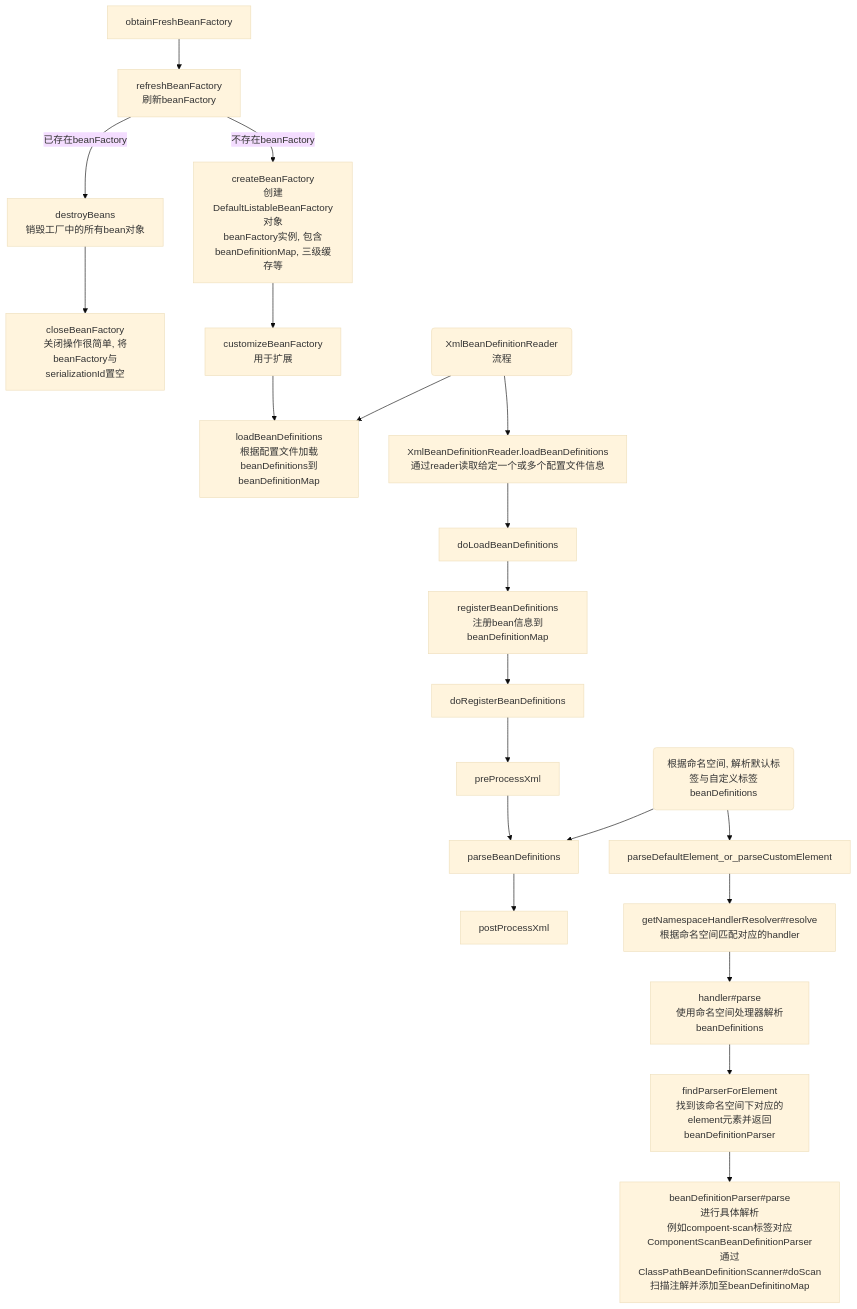
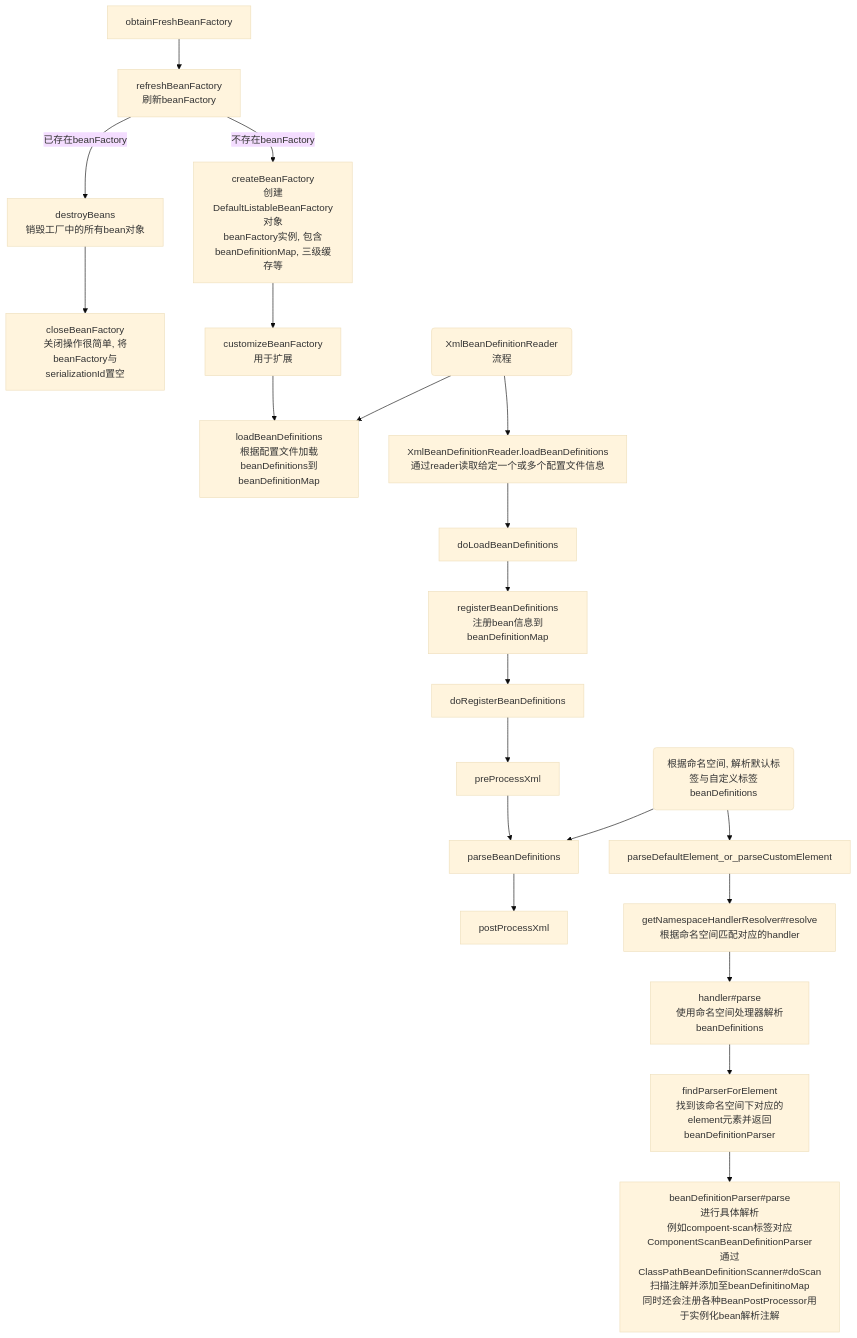
One commit to LCW-QAQ/StudayNote changed the seventh of 7 diagrams in Spring/Spring源码.md. Above: the diagram before and after it, drawn with Mermaid (base theme). The commit also changed other lines of this file, not shown here.

````diff
--- a/Spring/Spring源码.md
+++ b/Spring/Spring源码.md
@@ -162,22 +164,22 @@
 ```mermaid
 graph TB
 obtainFreshBeanFactory --> refreshBeanFactory[refreshBeanFactory<br>刷新beanFactory]
 	-->|已存在beanFactory| destroyBeans[destroyBeans<br>销毁工厂中的所有bean对象] --> closeBeanFactory[closeBeanFactory<br>关闭操作很简单, 将beanFactory与serializationId置空]
 refreshBeanFactory -->|不存在beanFactory| createBeanFactory[createBeanFactory<br>创建DefaultListableBeanFactory对象<br>beanFactory实例, 包含beanDefinitionMap, 三级缓存等]
 	--> customizeBeanFactory[customizeBeanFactory<br>用于扩展]
 	--> loadBeanDefinitions[loadBeanDefinitions<br>根据配置文件加载beanDefinitions到beanDefinitionMap]
 loadBeanDefinitions__INFO(XmlBeanDefinitionReader流程) --> loadBeanDefinitions
 loadBeanDefinitions__INFO -->  XmlBeanDefinitionReader.loadBeanDefinitions[XmlBeanDefinitionReader.loadBeanDefinitions<br>通过reader读取给定一个或多个配置文件信息]
 	--> doLoadBeanDefinitions
 	--> registerBeanDefinitions[registerBeanDefinitions<br>注册bean信息到beanDefinitionMap]
 	--> doRegisterBeanDefinitions
 	--> preProcessXml
 	--> parseBeanDefinitions[parseBeanDefinitions]
 	--> postProcessXml
 parseBeanDefinitions__INFO(根据命名空间, 解析默认标签与自定义标签beanDefinitions) --> parseBeanDefinitions
 parseBeanDefinitions__INFO --> parseDefaultElement_or_parseCustomElement[parseDefaultElement_or_parseCustomElement]
 	--> getNamespaceHandlerResolver#resolve[getNamespaceHandlerResolver#resolve<br>根据命名空间匹配对应的handler]
 	--> handler#parse[handler#parse<br>使用命名空间处理器解析beanDefinitions]
 	--> findParserForElement[findParserForElement<br>找到该命名空间下对应的element元素并返回beanDefinitionParser]
-	--> beanDefinitionParser#parse[beanDefinitionParser#parse<br>进行具体解析<br>例如compoent-scan标签对应ComponentScanBeanDefinitionParser<br>通过ClassPathBeanDefinitionScanner#doScan扫描注解并添加至beanDefinitinoMap]
+	--> beanDefinitionParser#parse[beanDefinitionParser#parse<br>进行具体解析<br>例如compoent-scan标签对应ComponentScanBeanDefinitionParser<br>通过ClassPathBeanDefinitionScanner#doScan扫描注解并添加至beanDefinitinoMap<br>同时还会注册各种BeanPostProcessor用于实例化bean解析注解]
 ```
````
